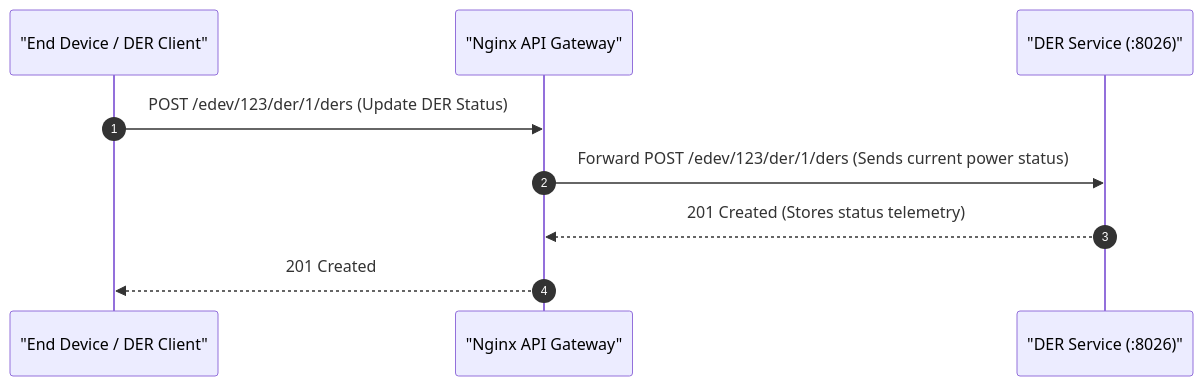
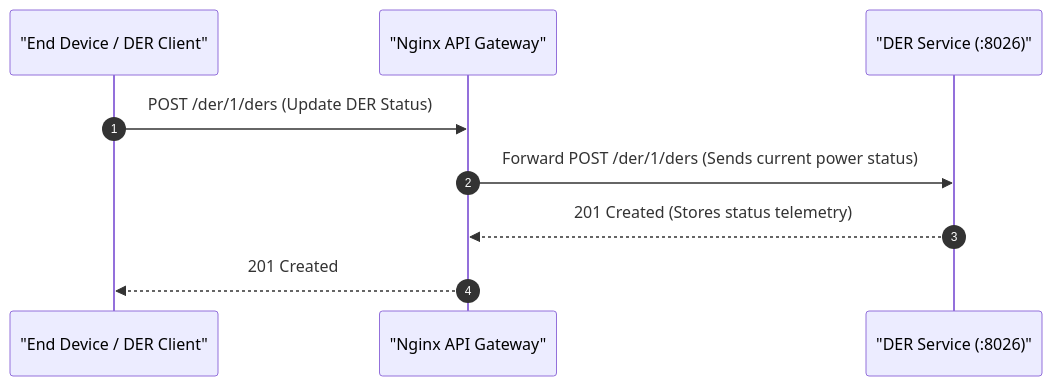
Before and after one commit to Tylores/egot: the fourth of 5 diagrams in lifecycles/regulation.md, drawn with Mermaid. The commit also changed other lines of this file and 18 other files, not shown here.

````diff
--- a/lifecycles/regulation.md
+++ b/lifecycles/regulation.md
@@ -89,12 +89,12 @@
 ```mermaid
 sequenceDiagram
     autonumber
     participant Client as "End Device / DER Client"
     participant GW as "Nginx API Gateway"
     participant DER as "DER Service (:8026)"
 
-    Client->>GW: POST /edev/123/der/1/ders (Update DER Status)
-    GW->>DER: Forward POST /edev/123/der/1/ders (Sends current power status)
+    Client->>GW: POST /der/1/ders (Update DER Status)
+    GW->>DER: Forward POST /der/1/ders (Sends current power status)
     DER-->>GW: 201 Created (Stores status telemetry)
     GW-->>Client: 201 Created
 ```
````
